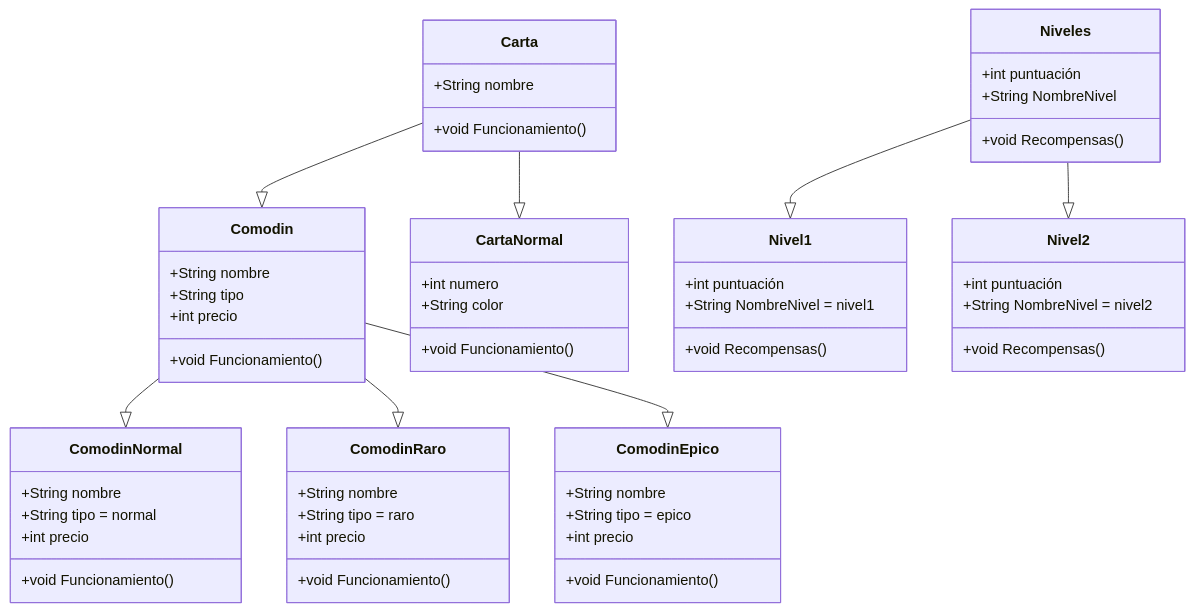
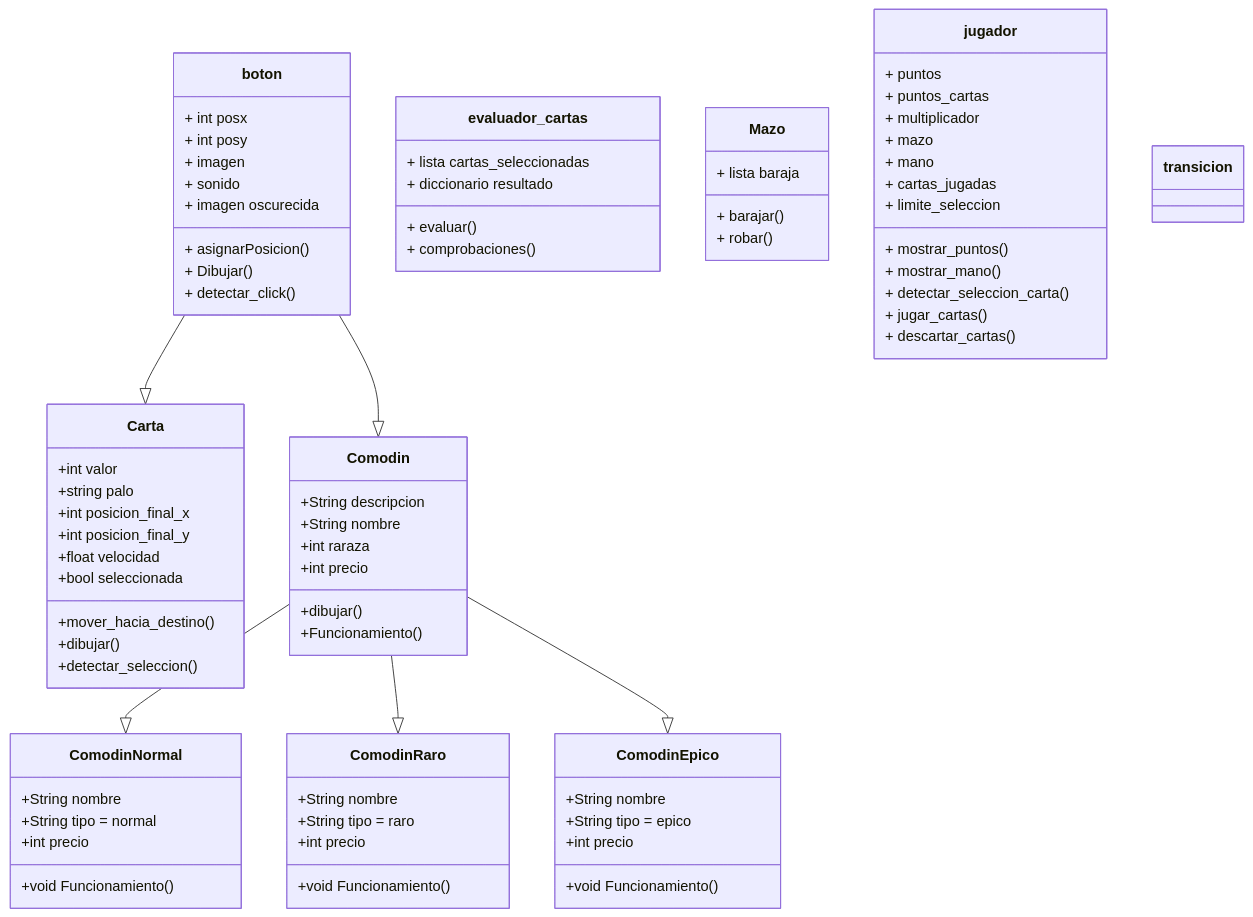
The diagram in README.md (Hsandin7/Practica-TPA), drawn with Mermaid before and after one commit. The commit also changed other lines of this file, not shown here.

Commit message:
Revise README with new class diagram and images
Updated images and added new classes to the class diagram.

````diff
--- a/README.md
+++ b/README.md
@@ -21,15 +23,34 @@
 classDiagram
 direction TB
 
+    class boton {
+	    + int posx
+	    + int posy
+	    + imagen
+	    + sonido
+	    + imagen oscurecida
+	    + asignarPosicion()
+	    + Dibujar()
+	    + detectar_click()
+    }
     class Carta {
-	    +String nombre
-	    +void Funcionamiento()
+	    +int valor 
+	    +string palo
+	    +int posicion_final_x
+	    +int posicion_final_y
+	    +float velocidad
+	    +bool seleccionada
+	    +mover_hacia_destino()
+	    +dibujar()
+	    +detectar_seleccion()
     }
     class Comodin {
+	    +String descripcion
 	    +String nombre
-	    +String tipo
+	    +int raraza
 	    +int precio
-	    +void Funcionamiento()
+	    +dibujar()
+	    +Funcionamiento()
     }
     class ComodinNormal {
 	    +String nombre
@@ -49,31 +70,40 @@
 	    +int precio
 	    +void Funcionamiento()
     }
-    class CartaNormal {
-	    +int numero
-	    +String color
-	    +void Funcionamiento()
-    }
-    Carta --|> Comodin
-    Carta --|> CartaNormal
+    boton --|> Carta
+    boton--|> Comodin
     Comodin --|> ComodinNormal
     Comodin --|> ComodinRaro
     Comodin --|> ComodinEpico
-    class Niveles{
-        +int puntuación 
-        +String NombreNivel
-        +void Recompensas()
-    }
-    class Nivel1{
-        +int puntuación 
-        +String NombreNivel = nivel1
-        +void Recompensas()
-    }
-    class Nivel2{
-        +int puntuación 
-        +String NombreNivel = nivel2
-        +void Recompensas()
-    }
-    Niveles --|> Nivel1
-    Niveles --|> Nivel2
+    
+    class evaluador_cartas{
+	    + lista cartas_seleccionadas
+	    + diccionario resultado
+	    + evaluar()
+	    + comprobaciones()
+	  }
+	  
+	  class Mazo{
+		  + lista baraja
+		  + barajar()
+		  + robar()
+	  }
+	  
+	  class jugador{
+		  + puntos
+		  + puntos_cartas
+		  + multiplicador
+		  + mazo
+		  + mano
+		  + cartas_jugadas
+		  + limite_seleccion
+		  + mostrar_puntos()
+		  + mostrar_mano()
+		  + detectar_seleccion_carta()
+		  + jugar_cartas()
+		  + descartar_cartas()
+	  }
+	  
+	  class transicion{
+	  }
 ```
````
